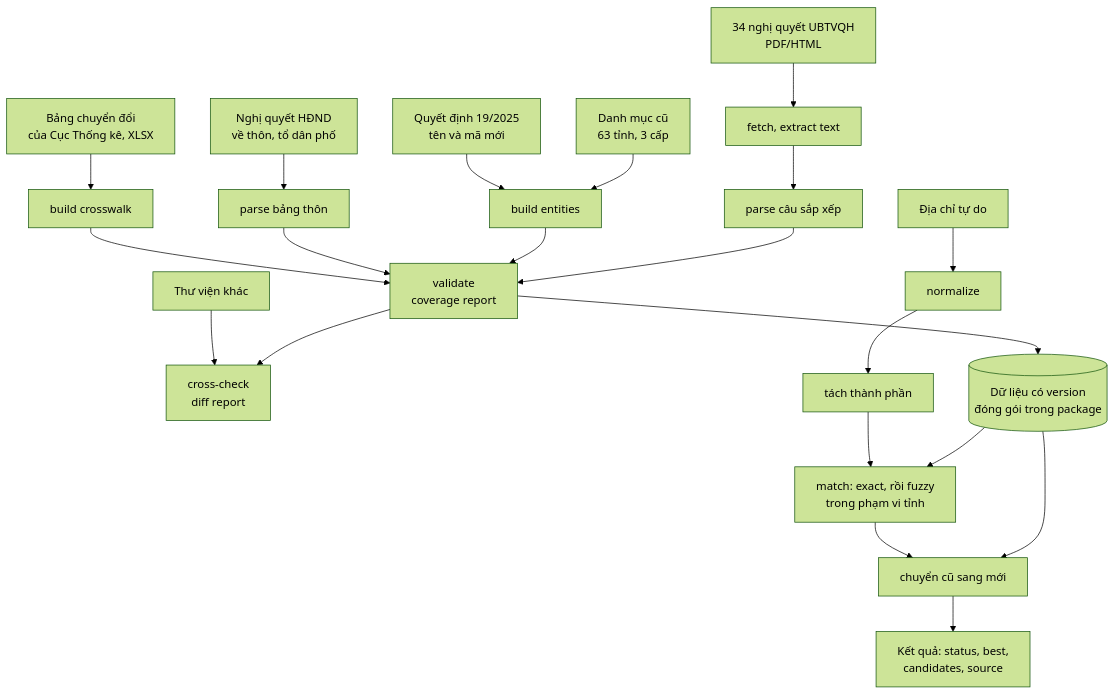
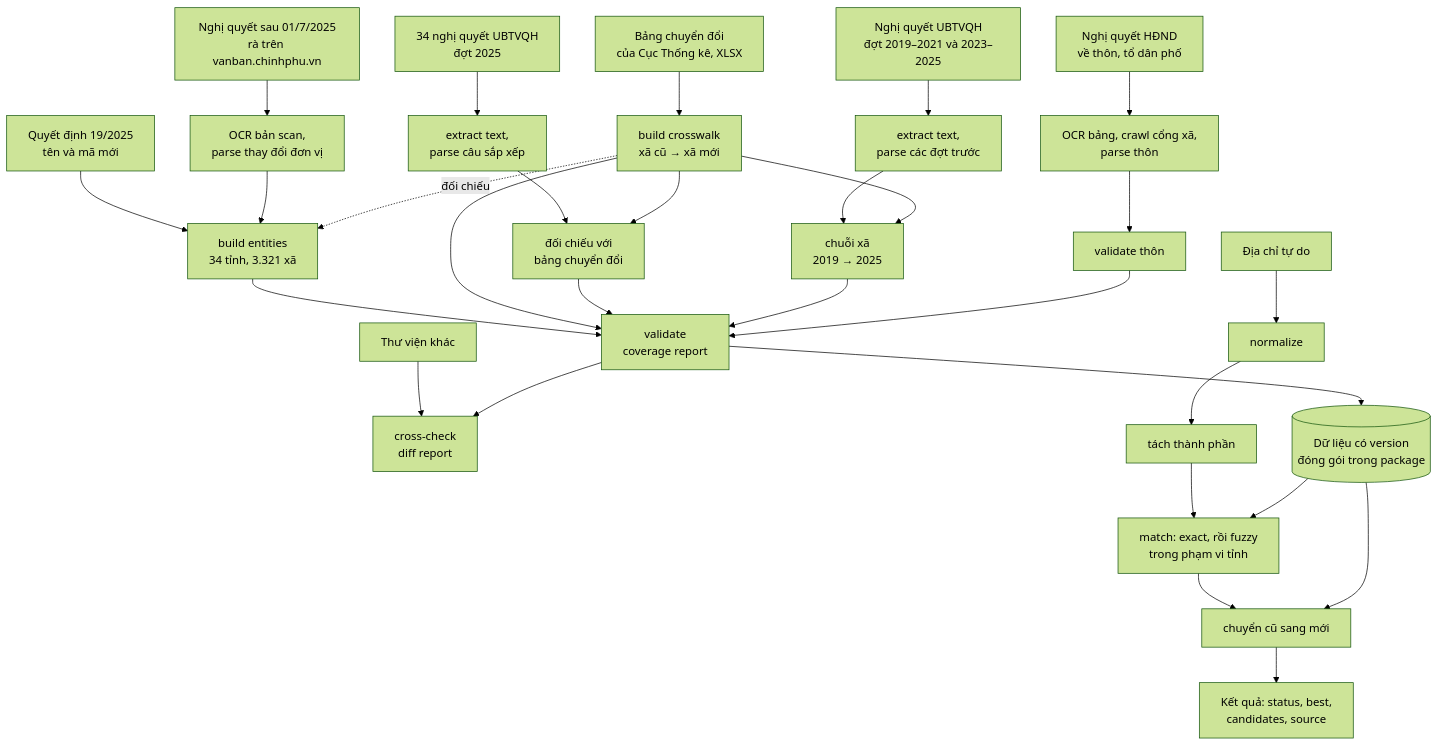
Before and after one commit to nghiax32/VnAddr: the second of 2 diagrams in README.md, drawn with Mermaid (forest theme). The commit also changed other lines of this file and 1 other file, not shown here.

````diff
--- a/README.md
+++ b/README.md
@@ -166,23 +176,31 @@
 ```mermaid
 flowchart TD
-    A[Quyết định 19/2025<br/>tên và mã mới] --> D[build entities]
-    B[34 nghị quyết UBTVQH<br/>PDF/HTML] --> C[fetch, extract text]
-    C --> E[parse câu sắp xếp]
-    S[Bảng chuyển đổi<br/>của Cục Thống kê, XLSX] --> W[build crosswalk]
+    A[Quyết định 19/2025<br/>tên và mã mới] --> D[build entities<br/>34 tỉnh, 3.321 xã]
+    U[Nghị quyết sau 01/7/2025<br/>rà trên vanban.chinhphu.vn] --> UC[OCR bản scan,<br/>parse thay đổi đơn vị]
+    UC --> D
+    S[Bảng chuyển đổi<br/>của Cục Thống kê, XLSX] --> W[build crosswalk<br/>xã cũ → xã mới]
+    W -.->|đối chiếu| D
+    B[34 nghị quyết UBTVQH<br/>đợt 2025] --> E[extract text,<br/>parse câu sắp xếp]
+    E --> CC[đối chiếu với<br/>bảng chuyển đổi]
+    W --> CC
+    Q[Nghị quyết UBTVQH<br/>đợt 2019–2021 và 2023–2025] --> E2[extract text,<br/>parse các đợt trước]
+    E2 --> CH[chuỗi xã<br/>2019 → 2025]
+    W --> CH
+    H[Nghị quyết HĐND<br/>về thôn, tổ dân phố] --> HV[OCR bảng, crawl cổng xã,<br/>parse thôn]
+    HV --> VV[validate thôn]
+    D --> V[validate<br/>coverage report]
     W --> V
-    H[Nghị quyết HĐND<br/>về thôn, tổ dân phố] --> HV[parse bảng thôn]
-    HV --> V
-    L[Danh mục cũ<br/>63 tỉnh, 3 cấp] --> D
-    D --> V[validate<br/>coverage report]
-    E --> V
+    CC --> V
+    CH --> V
+    VV --> V
     X[Thư viện khác] --> K[cross-check<br/>diff report]
     V --> K
     V --> P[(Dữ liệu có version<br/>đóng gói trong package)]
     I[Địa chỉ tự do] --> N[normalize]
     N --> R[tách thành phần]
     R --> M[match: exact, rồi fuzzy<br/>trong phạm vi tỉnh]
     M --> T[chuyển cũ sang mới]
     P --> M
     P --> T
     T --> O[Kết quả: status, best,<br/>candidates, source]
 ```
````
